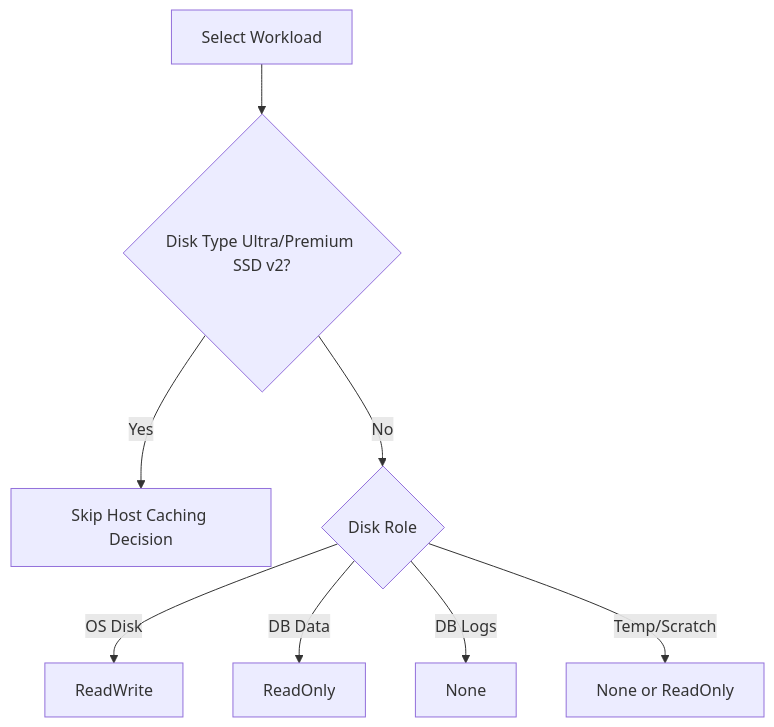
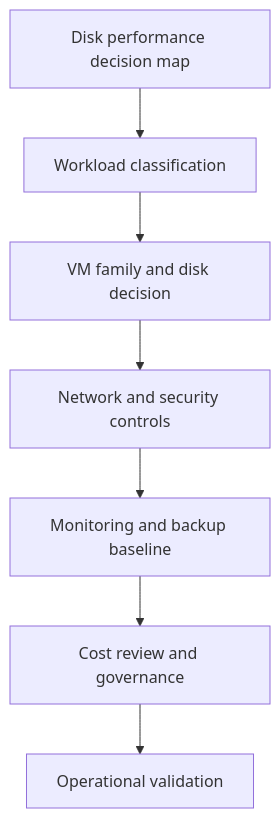
One commit to yeongseon/azure-virtual-machine-practical-guide changed the diagram in docs/best-practices/disk-and-storage-best-practices.md. Above: the diagram before and after it, drawn with Mermaid. The commit also changed other lines of this file and 24 other files, not shown here.

````diff
--- a/docs/best-practices/disk-and-storage-best-practices.md
+++ b/docs/best-practices/disk-and-storage-best-practices.md
@@ -22,10 +17,9 @@
 ```mermaid
-graph TD
-    A[Select Workload] --> B{Disk Type Ultra/Premium SSD v2?}
-    B -- Yes --> C[Skip Host Caching Decision]
-    B -- No --> D{Disk Role}
-    D -- OS Disk --> E[ReadWrite]
-    D -- DB Data --> F[ReadOnly]
-    D -- DB Logs --> G[None]
-    D -- Temp/Scratch --> H[None or ReadOnly]
+flowchart TD
+    A[Disk performance decision map] --> B[Workload classification]
+    B --> C[VM family and disk decision]
+    C --> D[Network and security controls]
+    D --> E[Monitoring and backup baseline]
+    E --> F[Cost review and governance]
+    F --> G[Operational validation]
 ```
````
